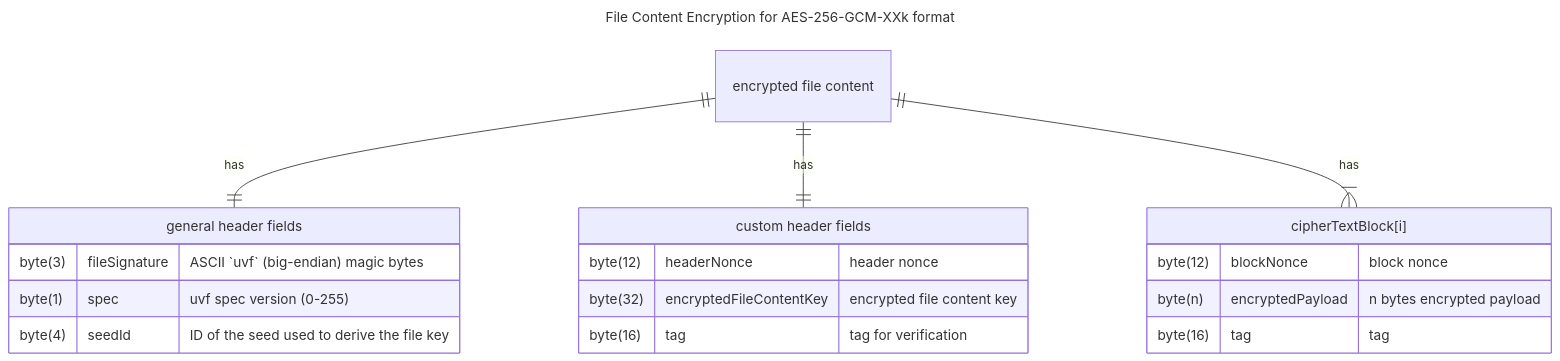
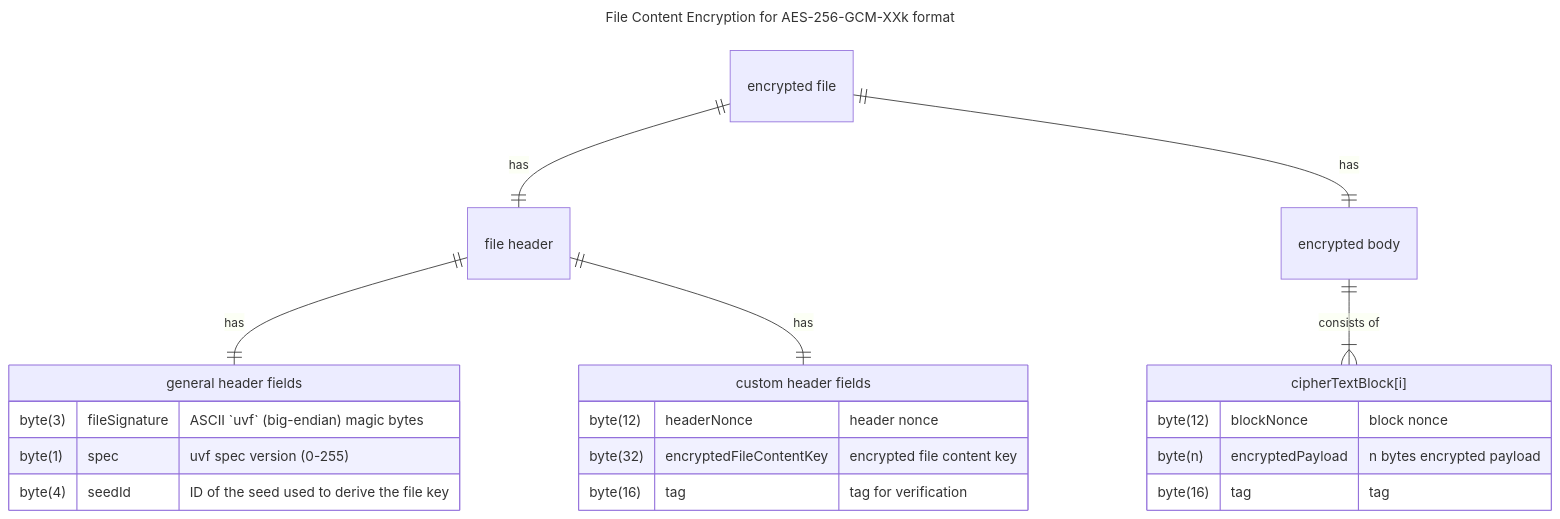
One commit to encryption-alliance/unified-vault-format changed the second of 2 diagrams in file content encryption/AES-256-GCM.md. Above: the diagram before and after it, drawn with Mermaid.

Commit message:
Update file content encryption/AES-256-GCM.md

````diff
--- a/file content encryption/AES-256-GCM.md
+++ b/file content encryption/AES-256-GCM.md
@@ -66,28 +66,34 @@
 ```mermaid
 ---
 title: File Content Encryption for AES-256-GCM-XXk format
 ---
 erDiagram
-    ENCRYPTEDFILECONTENT ||--|| GENERALHEADERFIELDS: has
-    ENCRYPTEDFILECONTENT ||--|| CUSTOMHEADERFIELDS: has
-    ENCRYPTEDFILECONTENT ||--|{ CIPHERTEXTBLOCK: "has"
-    ENCRYPTEDFILECONTENT["encrypted file content"]
+    FILE["encrypted file"]
+    FILE_HEADER["file header"]
+    FILE_BODY["encrypted body"]
+    FILE ||--|| FILE_HEADER: has
+    FILE ||--|| FILE_BODY: has
+
+    FILE_HEADER ||--|| GENERALHEADERFIELDS: has
+    FILE_HEADER ||--|| CUSTOMHEADERFIELDS: has
+
+    FILE_BODY ||--|{ CIPHERTEXTBLOCK: "consists of"
 
     GENERALHEADERFIELDS["general header fields"] {
         byte(3) fileSignature "ASCII `uvf` (big-endian) magic bytes"
         byte(1) spec "uvf spec version (0-255)"
         byte(4) seedId "ID of the seed used to derive the file key"
     }
 
     CUSTOMHEADERFIELDS["custom header fields"] {
         byte(12) headerNonce "header nonce"
         byte(32) encryptedFileContentKey "encrypted file content key"
         byte(16) tag "tag for verification"
     }
 
     CIPHERTEXTBLOCK["cipherTextBlock[i]"] {
         byte(12) blockNonce "block nonce"
         byte(n) encryptedPayload "n bytes encrypted payload"
         byte(16) tag "tag"
     }
 ```
````
